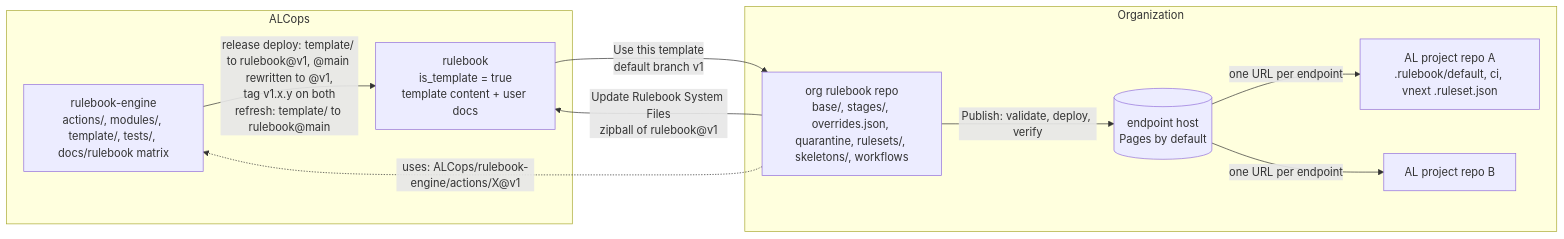
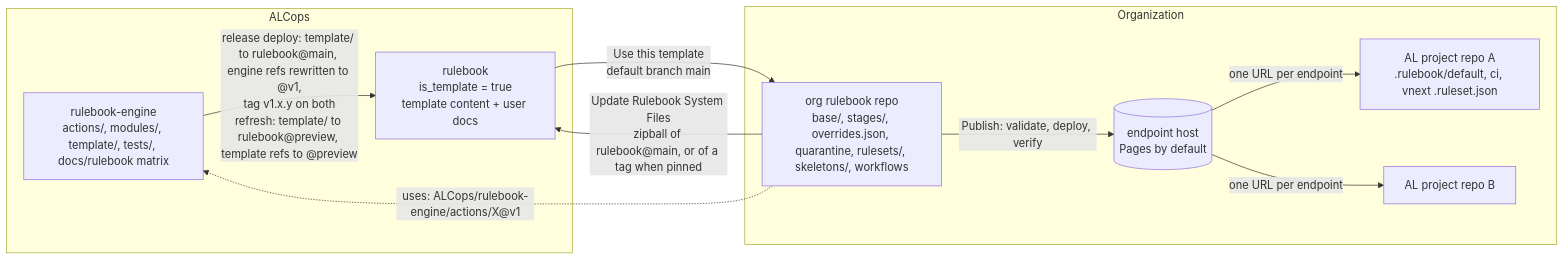
One commit to ALCops/rulebook-engine changed the first of 6 diagrams in docs/ARCHITECTURE.md. Above: the diagram before and after it, drawn with Mermaid. The commit also changed other lines of this file and 37 other files, not shown here.

````diff
--- a/docs/ARCHITECTURE.md
+++ b/docs/ARCHITECTURE.md
@@ -61,19 +61,19 @@
 ```mermaid
 flowchart LR
     subgraph alcops [ALCops]
         eng[rulebook-engine<br/>actions/, modules/, template/, tests/, docs/rulebook matrix]
         tpl[rulebook<br/>is_template = true<br/>template content + user docs]
     end
     subgraph org [Organization]
         orgrepo[org rulebook repo<br/>base/, stages/, overrides.json, quarantine, rulesets/, skeletons/, workflows]
         host[(endpoint host<br/>Pages by default)]
         proj1[AL project repo A<br/>.rulebook/default, ci, vnext .ruleset.json]
         proj2[AL project repo B]
     end
-    eng -->|release deploy: template/ to rulebook@v1, @main rewritten to @v1,<br/>tag v1.x.y on both<br/>refresh: template/ to rulebook@main| tpl
-    tpl -->|Use this template<br/>default branch v1| orgrepo
+    eng -->|release deploy: template/ to rulebook@main, engine refs rewritten to @v1,<br/>tag v1.x.y on both<br/>refresh: template/ to rulebook@preview, template refs to @preview| tpl
+    tpl -->|Use this template<br/>default branch main| orgrepo
     orgrepo -.->|uses: ALCops/rulebook-engine/actions/X@v1| eng
-    orgrepo -->|Update Rulebook System Files<br/>zipball of rulebook@v1| tpl
+    orgrepo -->|Update Rulebook System Files<br/>zipball of rulebook@main, or of a tag when pinned| tpl
     orgrepo -->|Publish: validate, deploy, verify| host
     host -->|one URL per endpoint| proj1 & proj2
 ```
````
